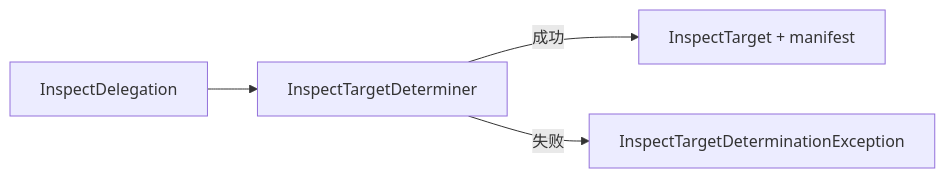
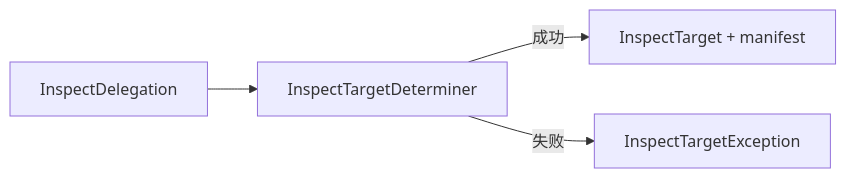
One commit to huang-xiao-jian/bluey changed the diagram in specs/npm-plus/inspect-target-determiner.md. Above: the diagram before and after it, drawn with Mermaid. The commit also changed other lines of this file, not shown here.

````diff
--- a/specs/npm-plus/inspect-target-determiner.md
+++ b/specs/npm-plus/inspect-target-determiner.md
@@ -52,11 +25,11 @@
 ```mermaid
 flowchart LR
     Delegation[InspectDelegation]
     Worker[InspectTargetDeterminer]
     Target["InspectTarget + manifest"]
-    Exception[InspectTargetDeterminationException]
+    Exception[InspectTargetException]
 
     Delegation --> Worker
     Worker -->|成功| Target
     Worker -->|失败| Exception
 ```
````
